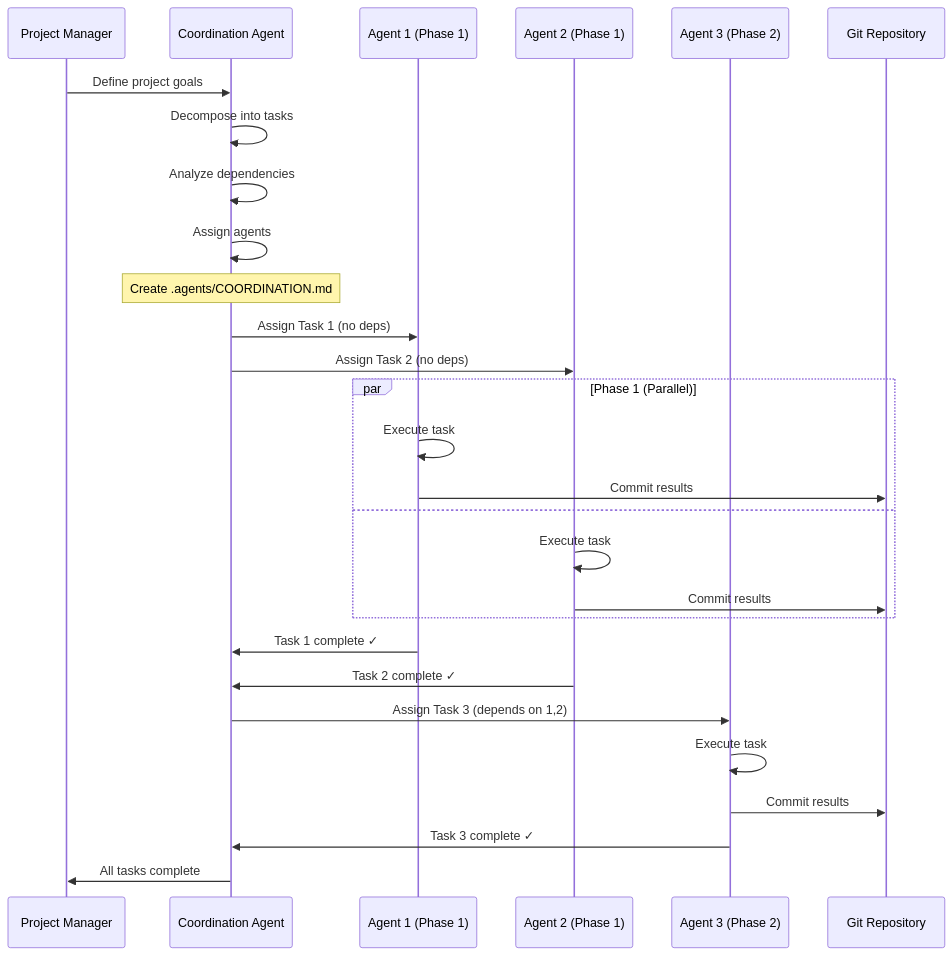
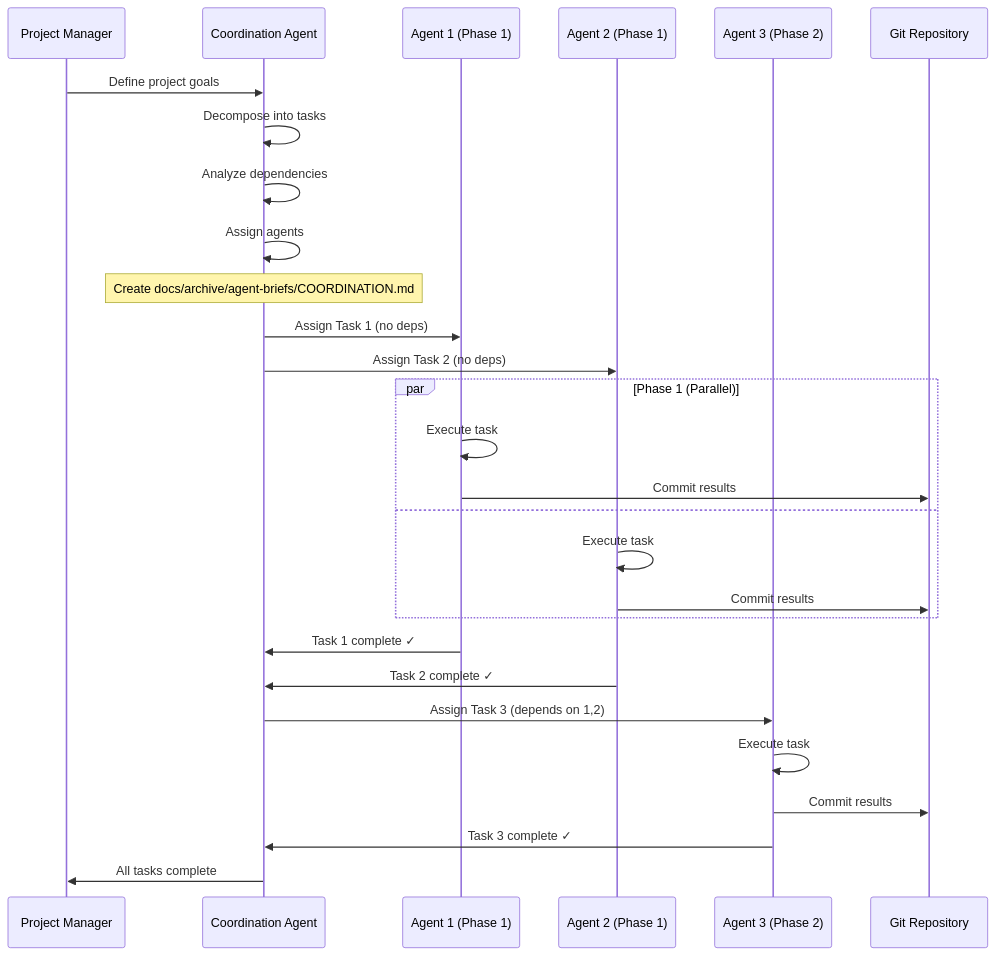
One commit to ryanmaclean/vibecode-webgui changed the third of 12 diagrams in docs/architecture/AGENT_ORCHESTRATION.md. Above: the diagram before and after it, drawn with Mermaid. The commit also changed other lines of this file and 599 other files, not shown here.

````diff
--- a/docs/architecture/AGENT_ORCHESTRATION.md
+++ b/docs/architecture/AGENT_ORCHESTRATION.md
@@ -163,36 +163,36 @@
 ```mermaid
 sequenceDiagram
     participant PM as Project Manager
     participant COORD as Coordination Agent
     participant A1 as Agent 1 (Phase 1)
     participant A2 as Agent 2 (Phase 1)
     participant A3 as Agent 3 (Phase 2)
     participant GIT as Git Repository
 
     PM->>COORD: Define project goals
     COORD->>COORD: Decompose into tasks
     COORD->>COORD: Analyze dependencies
     COORD->>COORD: Assign agents
 
-    Note over COORD: Create .agents/COORDINATION.md
+    Note over COORD: Create docs/archive/agent-briefs/COORDINATION.md
     COORD->>A1: Assign Task 1 (no deps)
     COORD->>A2: Assign Task 2 (no deps)
 
     par Phase 1 (Parallel)
         A1->>A1: Execute task
         A1->>GIT: Commit results
         and
         A2->>A2: Execute task
         A2->>GIT: Commit results
     end
 
     A1->>COORD: Task 1 complete ✓
     A2->>COORD: Task 2 complete ✓
 
     COORD->>A3: Assign Task 3 (depends on 1,2)
     A3->>A3: Execute task
     A3->>GIT: Commit results
     A3->>COORD: Task 3 complete ✓
 
     COORD->>PM: All tasks complete
 ```
````
